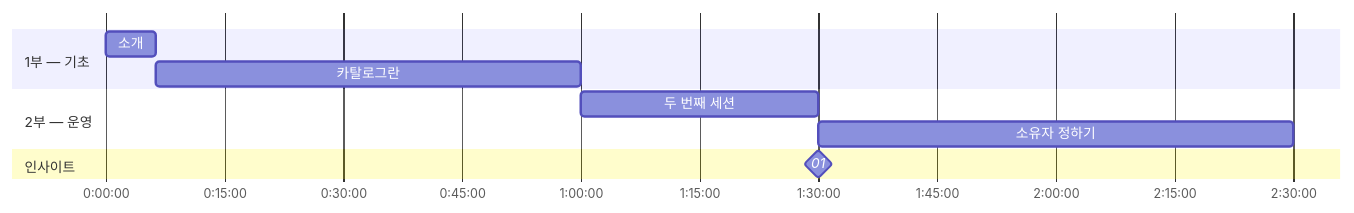
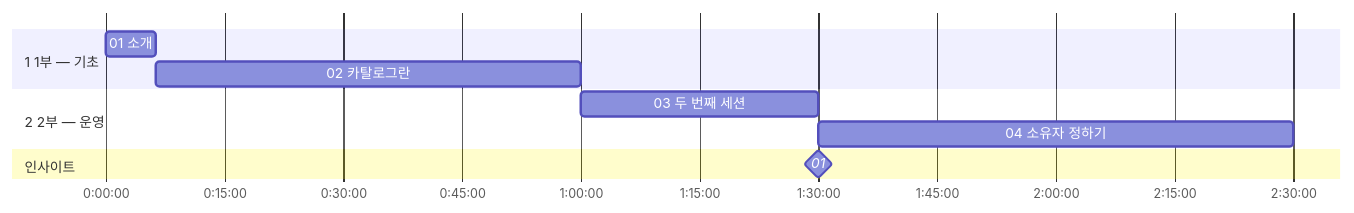
Before and after one commit to HoyoungParkme/video-agent: the first of 2 diagrams in backend/tests/domains/analysis/snapshots/export_local_150m.md, drawn with Mermaid. The commit also changed 4 other files, not shown here.

First line of the commit message:
code(D1): export.gantt — 막대 · 구역 이름 앞에 번호, todayMarker off, % · 캐리지 리턴도 바꾼다

````diff
--- a/backend/tests/domains/analysis/snapshots/export_local_150m.md
+++ b/backend/tests/domains/analysis/snapshots/export_local_150m.md
@@ -7,13 +7,14 @@
 ```mermaid
 gantt
   dateFormat HH:mm:ss
   axisFormat %-H:%M:%S
-  section 1부 — 기초
-  소개 : 00:00:00, 00:06:20
-  카탈로그란 : 00:06:20, 01:00:00
-  section 2부 — 운영
-  두 번째 세션 : 01:00:00, 01:30:00
-  소유자 정하기 : 01:30:00, 02:30:00
+  todayMarker off
+  section 1 1부 — 기초
+  01 소개 : 00:00:00, 00:06:20
+  02 카탈로그란 : 00:06:20, 01:00:00
+  section 2 2부 — 운영
+  03 두 번째 세션 : 01:00:00, 01:30:00
+  04 소유자 정하기 : 01:30:00, 02:30:00
   section 인사이트
   01 : milestone, 01:30:00, 0s
 ```
````
